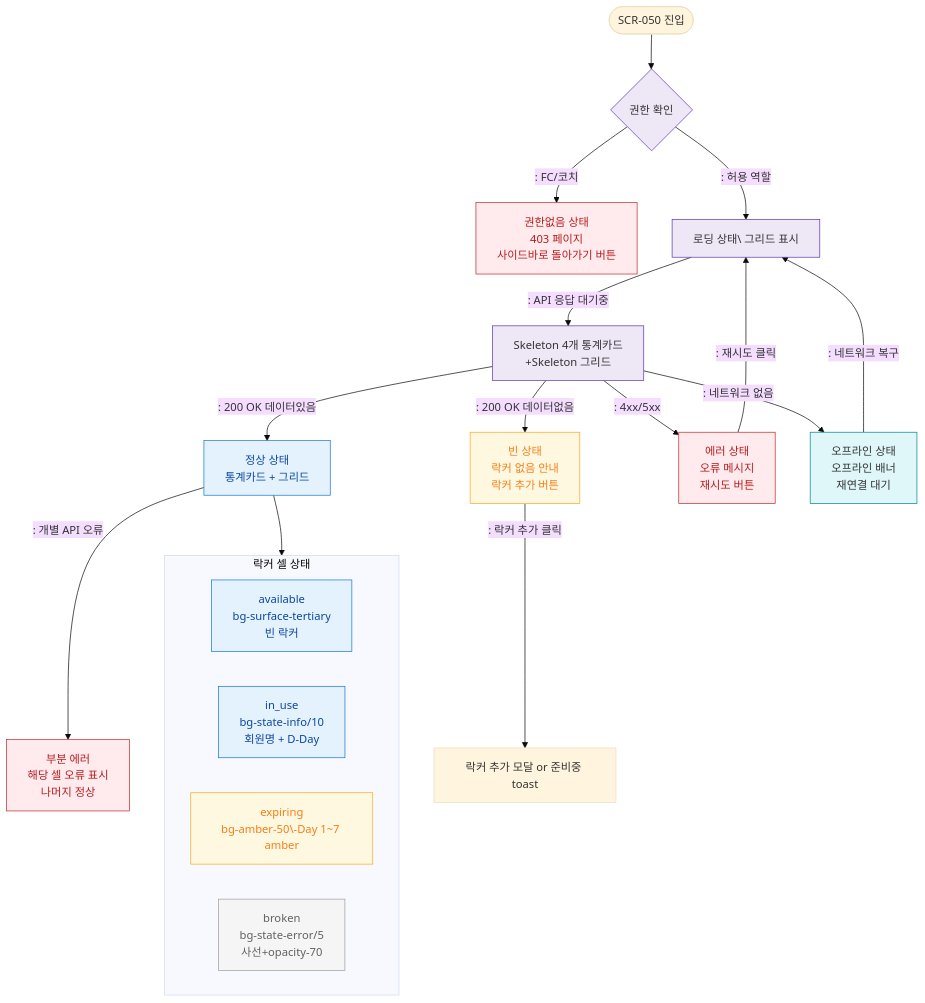
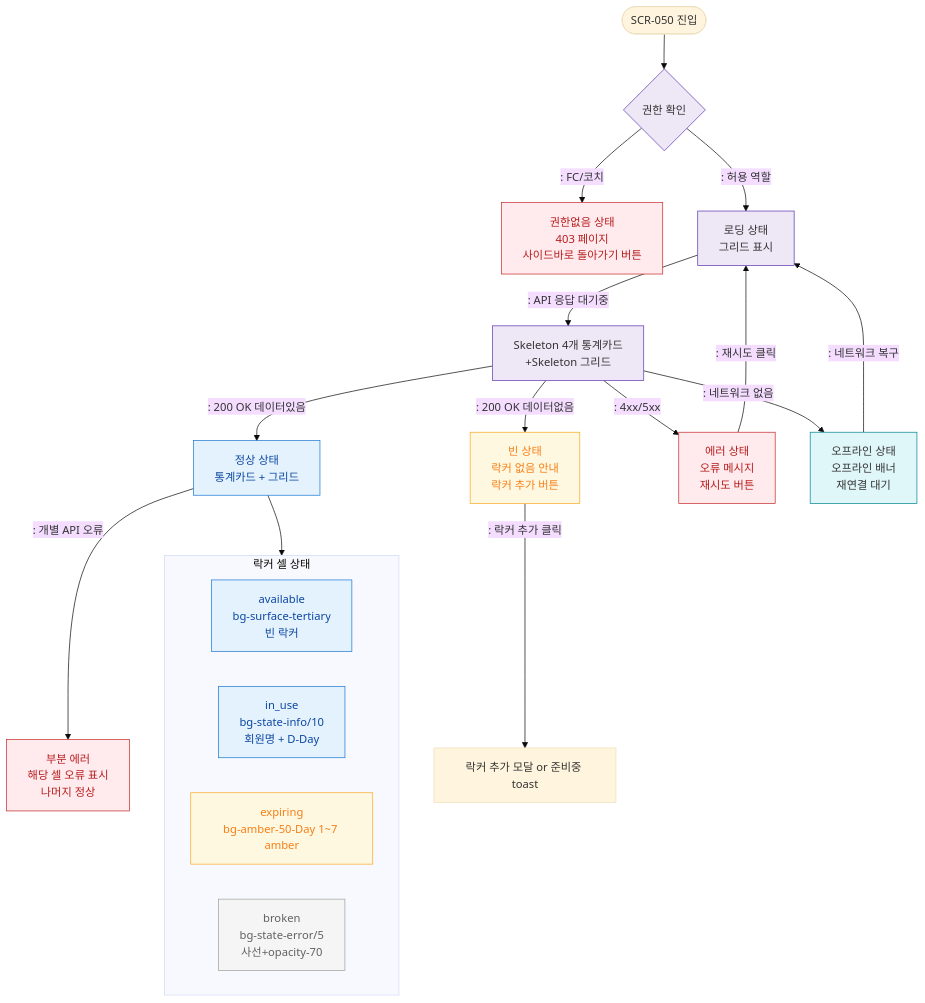
One commit to dev-spogym/admin-pando changed the diagram in docs/admin/다이어그램/D06_시설관리/SCR-050_락커관리/F6_상태별.md. Above: the diagram before and after it, drawn with Mermaid (base theme). The commit also changed 369 other files, not shown here.

````diff
--- a/docs/admin/다이어그램/D06_시설관리/SCR-050_락커관리/F6_상태별.md
+++ b/docs/admin/다이어그램/D06_시설관리/SCR-050_락커관리/F6_상태별.md
@@ -20,42 +20,42 @@
 ```mermaid
 flowchart TD
     Entry([SCR-050 진입]) --> AuthCheck{권한 확인}
 
     AuthCheck -->|": FC/코치"|StateNoAuth[권한없음 상태\n403 페이지\n사이드바로 돌아가기 버튼]
-    AuthCheck -->|": 허용 역할"|Loading[로딩 상태\ 그리드 표시]
+    AuthCheck -->|": 허용 역할"|Loading[로딩 상태<br/> 그리드 표시]
 
     Loading -->|": API 응답 대기중"|LoadingUI[Skeleton 4개 통계카드\n+Skeleton 그리드]
     LoadingUI -->|": 200 OK 데이터있음"|Normal[정상 상태\n통계카드 + 그리드]
     LoadingUI -->|": 200 OK 데이터없음"|Empty[빈 상태\n락커 없음 안내\n락커 추가 버튼]
     LoadingUI -->|": 4xx/5xx"|ErrorState[에러 상태\n오류 메시지\n재시도 버튼]
     LoadingUI -->|": 네트워크 없음"|Offline[오프라인 상태\n오프라인 배너\n재연결 대기]
 
     Normal -->|": 개별 API 오류"|PartialError[부분 에러\n해당 셀 오류 표시\n나머지 정상]
     Offline -->|": 네트워크 복구"|Loading
 
     ErrorState -->|": 재시도 클릭"|Loading
     Empty -->|": 락커 추가 클릭"|AddAction[락커 추가 모달 or 준비중 toast]
 
     subgraph LockerCellStates["락커 셀 상태"]
         CellAvail[available\nbg-surface-tertiary\n빈 락커]
         CellInUse[in_use\nbg-state-info/10\n회원명 + D-Day]
-        CellExpiring[expiring\nbg-amber-50\-Day 1~7 amber]
+        CellExpiring[expiring\nbg-amber-50-Day 1~7 amber]
         CellBroken[broken\nbg-state-error/5\n사선+opacity-70]
     end
 
     Normal --> LockerCellStates
 
     classDef screen fill:#E3F2FD,stroke:#1976D2,color:#0D47A1
     classDef error fill:#FFEBEE,stroke:#C62828,color:#B71C1C
     classDef warning fill:#FFF8E1,stroke:#F9A825,color:#F57F17
     classDef system fill:#EDE7F6,stroke:#5E35B2
     classDef rbacBlocked fill:#F5F5F5,stroke:#9E9E9E,color:#616161
     classDef info fill:#E0F7FA,stroke:#00838F
 
     class Normal,CellAvail,CellInUse screen
     class StateNoAuth,ErrorState,PartialError error
     class CellExpiring,Empty warning
     class CellBroken rbacBlocked
     class Loading,LoadingUI,AuthCheck system
     class Offline info
 ```
````
